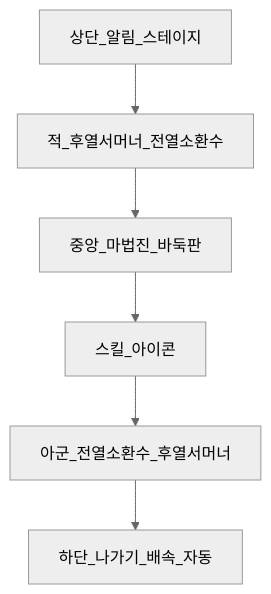
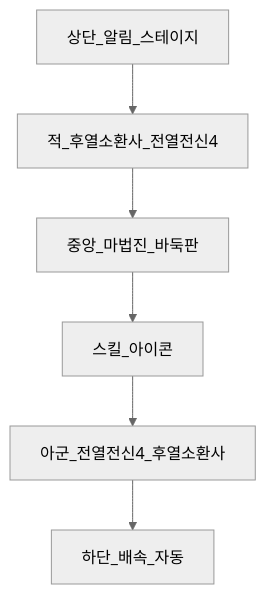
The diagram in docs/battle-ui.md (BlueStarAcademy/stonesummoner), drawn with Mermaid (neutral theme) before and after one commit. The commit also changed other lines of this file and 331 other files, not shown here.

````diff
--- a/docs/battle-ui.md
+++ b/docs/battle-ui.md
@@ -7,10 +9,10 @@
 ```mermaid
 flowchart TB
   TopHUD[상단_알림_스테이지]
-  Enemy[적_후열서머너_전열소환수]
+  Enemy[적_후열소환사_전열전신4]
   Board[중앙_마법진_바둑판]
   Skills[스킬_아이콘]
-  Ally[아군_전열소환수_후열서머너]
-  BottomHUD[하단_나가기_배속_자동]
+  Ally[아군_전열전신4_후열소환사]
+  BottomHUD[하단_배속_자동]
   TopHUD --> Enemy --> Board --> Skills --> Ally --> BottomHUD
 ```
````
